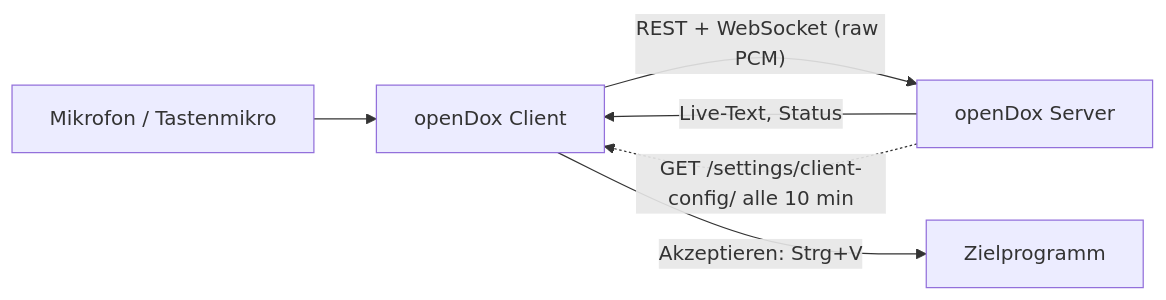
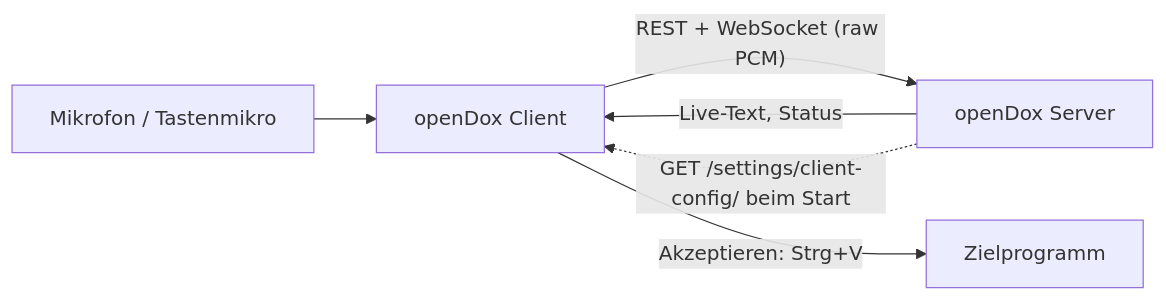
Before and after one commit to s2a-open-technologies/openDox: the diagram in docs/client.md, drawn with Mermaid. The commit also changed other lines of this file and 8 other files, not shown here.

First line of the commit message:
feat(client): neueste Client-Version in client-config melden

````diff
--- a/docs/client.md
+++ b/docs/client.md
@@ -16,8 +16,8 @@
 ```mermaid
 flowchart LR
     Mic[Mikrofon / Tastenmikro] --> C[openDox Client]
     C -- "REST + WebSocket (raw PCM)" --> S[openDox Server]
     S -- "Live-Text, Status" --> C
     C -- "Akzeptieren: Strg+V" --> T[Zielprogramm]
-    S -. "GET /settings/client-config/ alle 10 min" .-> C
+    S -. "GET /settings/client-config/ beim Start" .-> C
 ```
````
